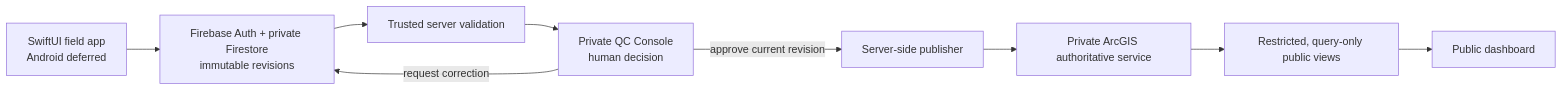
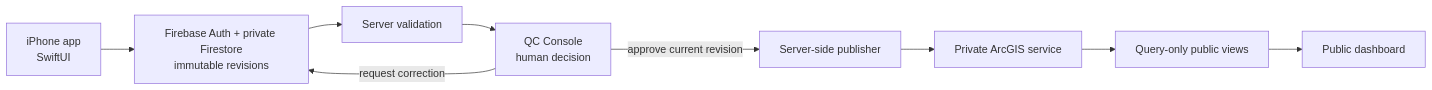
Before and after one commit to UnbrokenMango21/watershed-water-quality-dashboard: the diagram in README.md, drawn with Mermaid. The commit also changed other lines of this file and 9 other files, not shown here.

````diff
--- a/README.md
+++ b/README.md
@@ -11,11 +28,11 @@
 ```mermaid
 flowchart LR
-  A[SwiftUI field app<br/>Android deferred] --> B[Firebase Auth + private Firestore<br/>immutable revisions]
-  B --> C[Trusted server validation]
-  C --> D[Private QC Console<br/>human decision]
+  A[iPhone app<br/>SwiftUI] --> B[Firebase Auth + private Firestore<br/>immutable revisions]
+  B --> C[Server validation]
+  C --> D[QC Console<br/>human decision]
+  D -->|request correction| B
   D -->|approve current revision| E[Server-side publisher]
-  D -->|request correction| B
-  E --> F[Private ArcGIS authoritative service]
-  F --> G[Restricted, query-only public views]
+  E --> F[Private ArcGIS service]
+  F --> G[Query-only public views]
   G --> H[Public dashboard]
 ```
````
